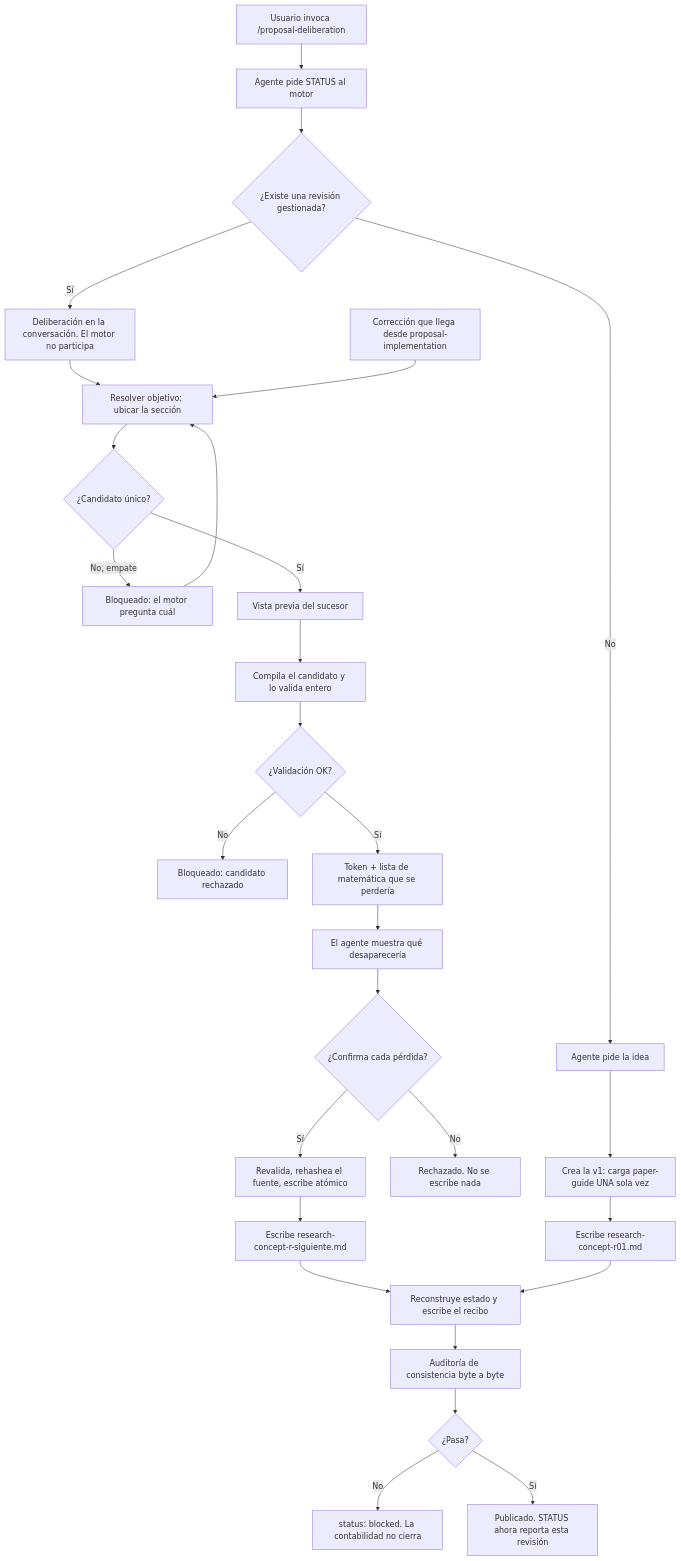
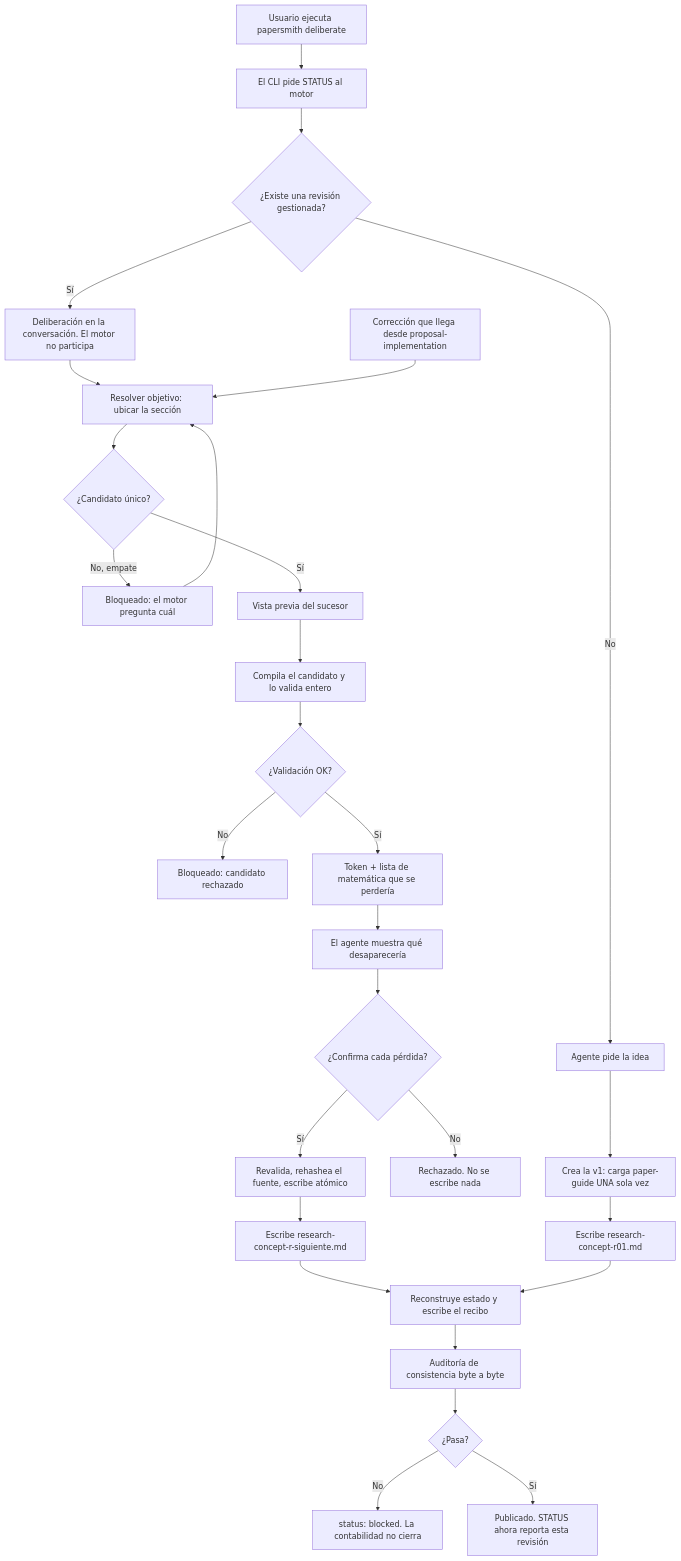
Before and after one commit to CarlosAndres12/papersmith-ai: the third of 6 diagrams in README.md, drawn with Mermaid. The commit also changed other lines of this file, not shown here.

Commit message:
docs(papersmith): make the CLI the default workflow

````diff
--- a/README.md
+++ b/README.md
@@ -611,30 +636,30 @@
 ```mermaid
 flowchart TD
-    A["Usuario invoca /proposal-deliberation"] --> B["Agente pide STATUS al motor"]
+    A["Usuario ejecuta papersmith deliberate"] --> B["El CLI pide STATUS al motor"]
     B --> C{"¿Existe una revisión gestionada?"}
     C -- No --> D["Agente pide la idea"]
     D --> E["Crea la v1: carga paper-guide UNA sola vez"]
     E --> F["Escribe research-concept-r01.md"]
     C -- Sí --> G["Deliberación en la conversación. El motor no participa"]
     G --> H["Resolver objetivo: ubicar la sección"]
     H --> I{"¿Candidato único?"}
     I -- "No, empate" --> J["Bloqueado: el motor pregunta cuál"]
     J --> H
     I -- Sí --> K["Vista previa del sucesor"]
     K --> L["Compila el candidato y lo valida entero"]
     L --> M{"¿Validación OK?"}
     M -- No --> N["Bloqueado: candidato rechazado"]
     M -- Sí --> O["Token + lista de matemática que se perdería"]
     O --> P["El agente muestra qué desaparecería"]
     P --> Q{"¿Confirma cada pérdida?"}
     Q -- No --> R["Rechazado. No se escribe nada"]
     Q -- Sí --> S["Revalida, rehashea el fuente, escribe atómico"]
     S --> T["Escribe research-concept-r-siguiente.md"]
     T --> U["Reconstruye estado y escribe el recibo"]
     U --> V["Auditoría de consistencia byte a byte"]
     V --> W{"¿Pasa?"}
     W -- No --> X["status: blocked. La contabilidad no cierra"]
     W -- Sí --> Y["Publicado. STATUS ahora reporta esta revisión"]
     F --> U
     Z["Corrección que llega desde proposal-implementation"] --> H
 ```
````
